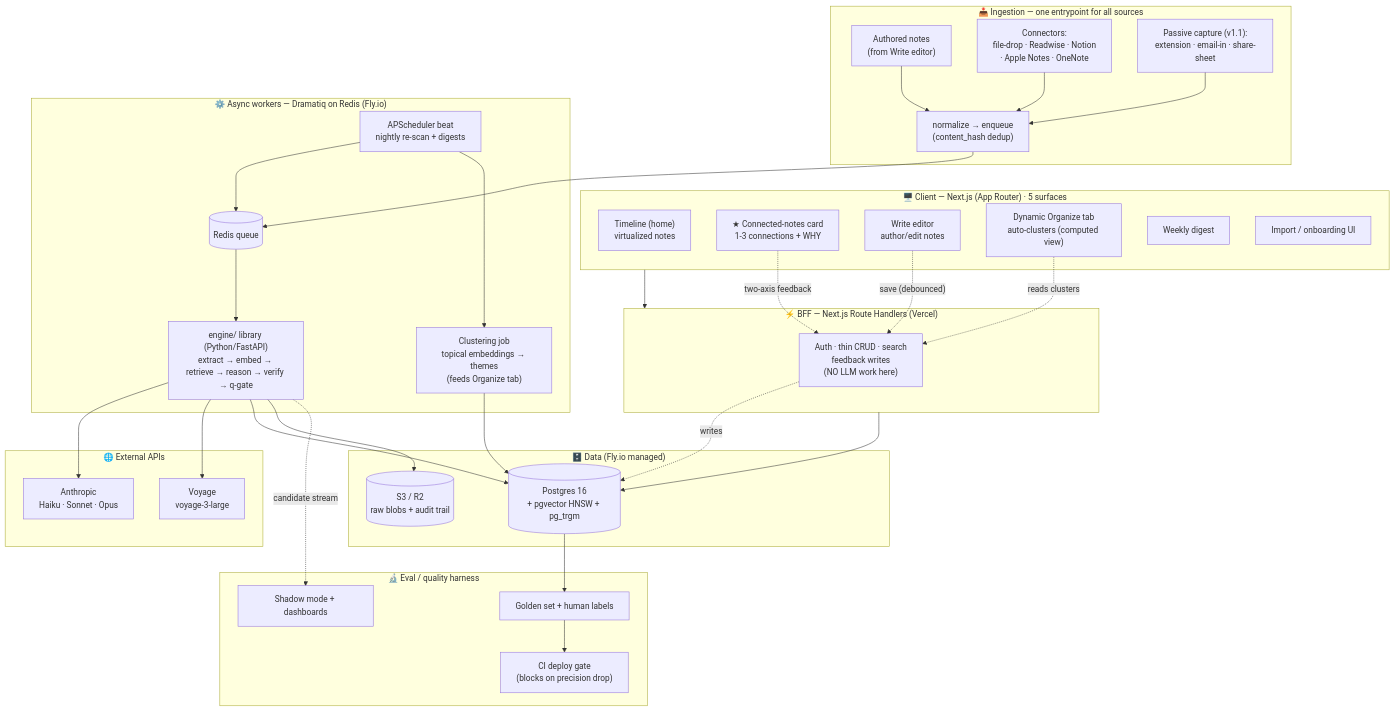
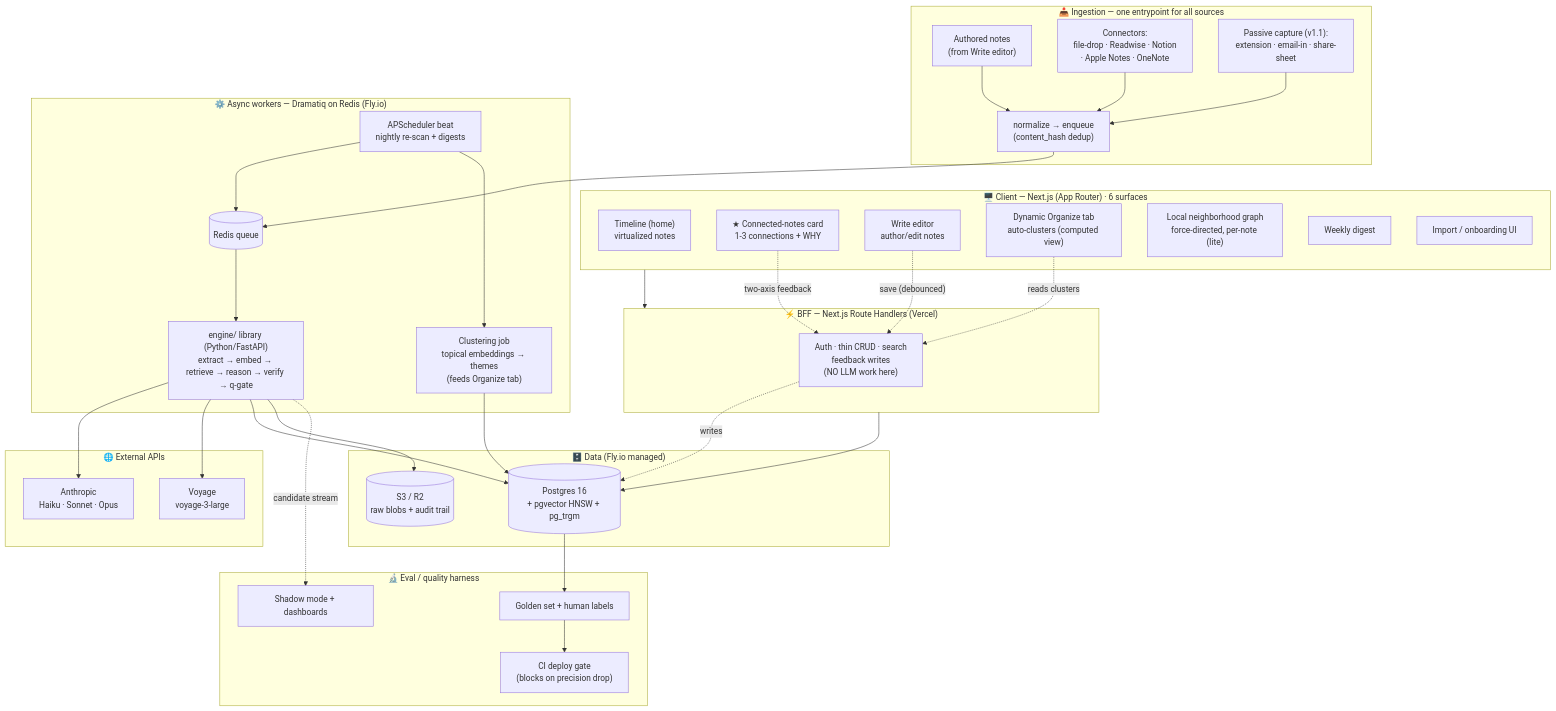
One commit to Maqsoodhuman/filament changed the first of 4 diagrams in docs/ARCHITECTURE_DIAGRAM.md. Above: the diagram before and after it, drawn with Mermaid. The commit also changed 4 other files, not shown here.

First line of the commit message:
Add local neighborhood graph as a v1 surface

````diff
--- a/docs/ARCHITECTURE_DIAGRAM.md
+++ b/docs/ARCHITECTURE_DIAGRAM.md
@@ -7,66 +7,67 @@
 ```mermaid
 flowchart TB
-    subgraph Client["🖥️ Client — Next.js (App Router) · 5 surfaces"]
+    subgraph Client["🖥️ Client — Next.js (App Router) · 6 surfaces"]
         TL["Timeline (home)<br/>virtualized notes"]
         CC["★ Connected-notes card<br/>1-3 connections + WHY"]
         WR["Write editor<br/>author/edit notes"]
         OR["Dynamic Organize tab<br/>auto-clusters (computed view)"]
+        NG["Local neighborhood graph<br/>force-directed, per-note (lite)"]
         DG["Weekly digest"]
         IMP["Import / onboarding UI"]
     end
 
     subgraph Edge["⚡ BFF — Next.js Route Handlers (Vercel)"]
         API["Auth · thin CRUD · search<br/>feedback writes<br/>(NO LLM work here)"]
     end
 
     subgraph Ingest["📥 Ingestion — one entrypoint for all sources"]
         AUTH["Authored notes<br/>(from Write editor)"]
         CONN["Connectors:<br/>file-drop · Readwise · Notion<br/>· Apple Notes · OneNote"]
         PASS["Passive capture (v1.1):<br/>extension · email-in · share-sheet"]
         NORM["normalize → enqueue<br/>(content_hash dedup)"]
     end
 
     subgraph Async["⚙️ Async workers — Dramatiq on Redis (Fly.io)"]
         Q[("Redis queue")]
         ENGINE["engine/ library (Python/FastAPI)<br/>extract → embed → retrieve → reason → verify → q-gate"]
         CLUST["Clustering job<br/>topical embeddings → themes<br/>(feeds Organize tab)"]
         SCHED["APScheduler beat<br/>nightly re-scan + digests"]
     end
 
     subgraph Data["🗄️ Data (Fly.io managed)"]
         PG[("Postgres 16<br/>+ pgvector HNSW + pg_trgm")]
         S3[("S3 / R2<br/>raw blobs + audit trail")]
     end
 
     subgraph Ext["🌐 External APIs"]
         ANTH["Anthropic<br/>Haiku · Sonnet · Opus"]
         VOY["Voyage<br/>voyage-3-large"]
     end
 
     subgraph Eval["🔬 Eval / quality harness"]
         GOLD["Golden set + human labels"]
         CI["CI deploy gate<br/>(blocks on precision drop)"]
         SHADOW["Shadow mode + dashboards"]
     end
 
     Client --> Edge
     WR -. "save (debounced)" .-> API
     AUTH --> NORM
     CONN --> NORM
     PASS --> NORM
     NORM --> Q
     Edge --> PG
     Q --> ENGINE
     SCHED --> Q
     SCHED --> CLUST
     ENGINE --> ANTH
     ENGINE --> VOY
     ENGINE --> PG
     ENGINE --> S3
     CLUST --> PG
     OR -. reads clusters .-> API
     CC -. "two-axis feedback" .-> API
     API -. writes .-> PG
     PG --> GOLD --> CI
     ENGINE -. candidate stream .-> SHADOW
 ```
````
